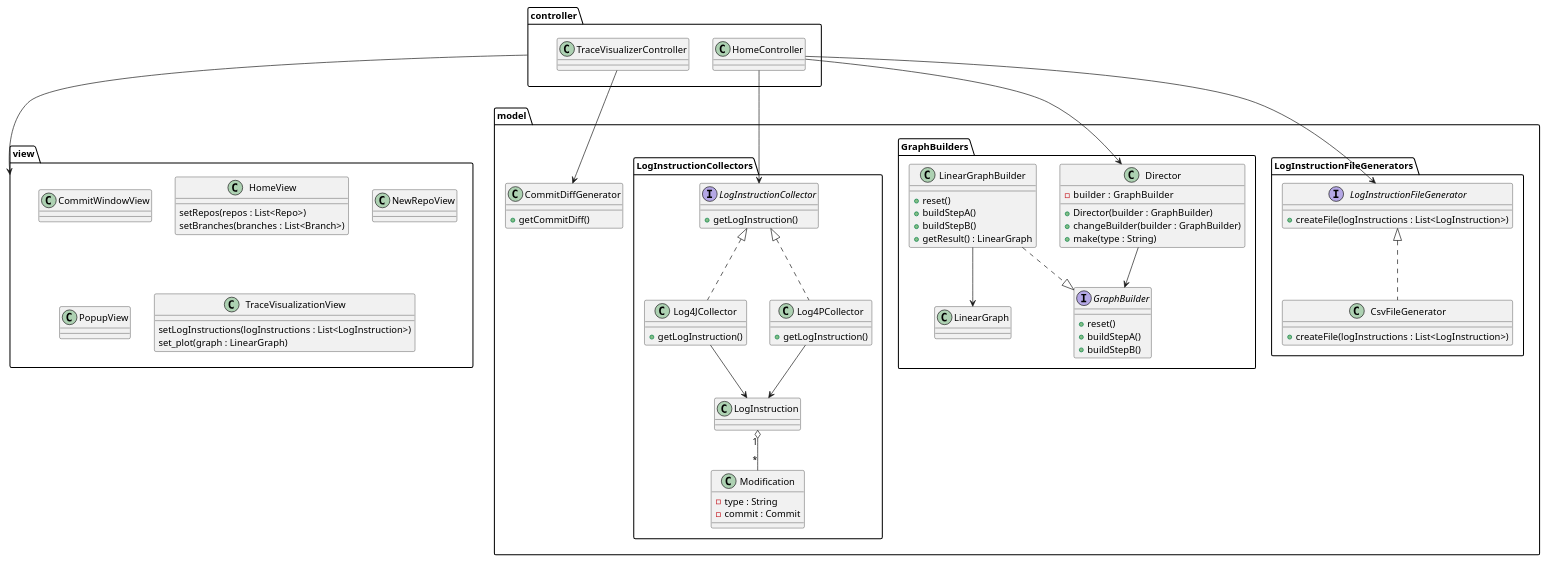
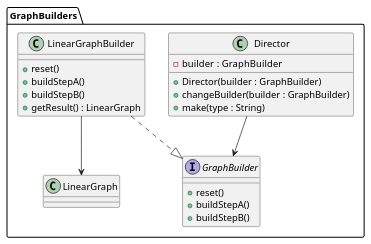
The seventh of 7 diagrams in doc/classe.puml (woofi7/Outil-de-visualisation-evolution-des-traces-execution), drawn with PlantUML before and after one commit. The commit also changed other lines of this file and 13 other files, not shown here.

Commit message:
nouvelle architecture en place

```diff
--- a/doc/classe.puml
+++ b/doc/classe.puml
@@ -1,101 +148,27 @@
-@startuml class
-package controller {
-    class HomeController
-    class TraceVisualizerController
-}
-
-package model {
-    class CommitDiffGenerator{
-        + getCommitDiff()
-    }
-
-    package LogInstructionFileGenerators{
-        interface LogInstructionFileGenerator{
-            + createFile(logInstructions : List<LogInstruction>)
-        }
-
-        class CsvFileGenerator implements LogInstructionFileGenerator{
-            + createFile(logInstructions : List<LogInstruction>)
-        }
-    }
+@startuml GraphBuilders
 
     package GraphBuilders{
         class Director {
             - builder  : GraphBuilder
             + Director(builder : GraphBuilder)
             + changeBuilder(builder : GraphBuilder)
             + make(type : String)
         }
         interface GraphBuilder{
             + reset()
             + buildStepA()
             + buildStepB()
         }
         class LinearGraphBuilder{
             + reset()
             + buildStepA()
             + buildStepB()
             + getResult() : LinearGraph
         }
         class LinearGraph
     }
 
-    package LogInstructionCollectors{
-        interface LogInstructionCollector{
-            + getLogInstruction()
-        }
-
-        class Log4JCollector implements LogInstructionCollector{
-            + getLogInstruction()
-        }
-
-        class Log4PCollector implements LogInstructionCollector{
-            + getLogInstruction()
-        }
-        class LogInstruction
-        class Modification {
-            - type : String
-            - commit : Commit
-        }
-    }
-}
-
-HomeController --> LogInstructionCollector
-HomeController --> LogInstructionFileGenerator 
-TraceVisualizerController --> CommitDiffGenerator
-
-package view {
-    class CommitWindowView
-    class HomeView {
-        setRepos(repos : List<Repo>)
-        setBranches(branches : List<Branch>)
-    }
-    class NewRepoView
-    class PopupView
-    class TraceVisualizationView {
-        setLogInstructions(logInstructions : List<LogInstruction>)
-        set_plot(graph : LinearGraph)
-    }
-
-}
-
-controller --> view
-
-
-
-LogInstruction "1" o-- "*"Modification
-Log4JCollector --> LogInstruction
-Log4PCollector --> LogInstruction
-
-
-HomeController --> Director
 Director --> GraphBuilder
 LinearGraphBuilder ..|> GraphBuilder
 LinearGraphBuilder --> LinearGraph
-
-
-
-
-
-
 @enduml
```
